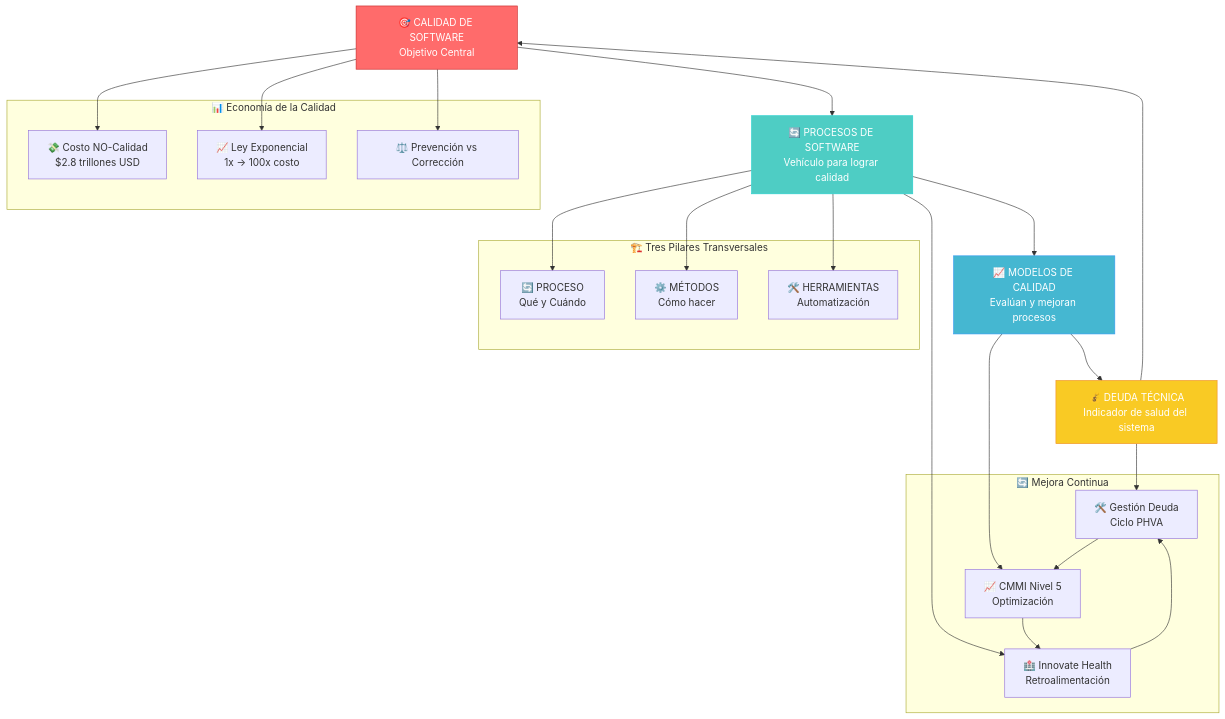
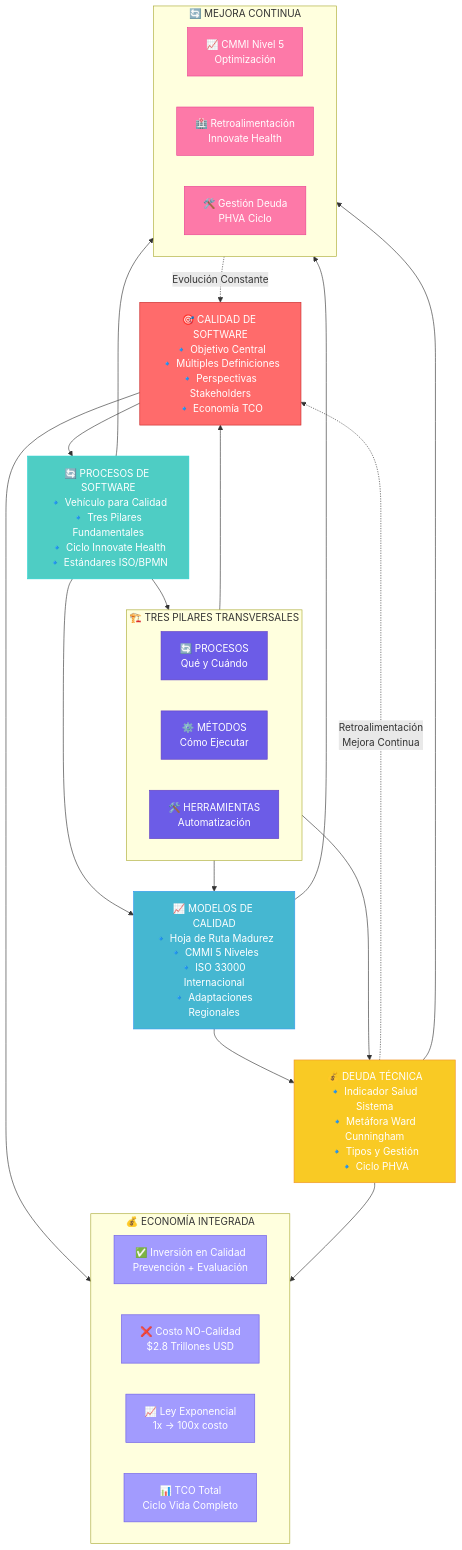
Before and after one commit to OverCV/Software-Quality: the third of 3 diagrams in classes/Week-01/Actividades/mapa-mental.md, drawn with Mermaid. The commit also changed other lines of this file, not shown here.

Commit message:
Diagram with two versions available.

````diff
--- a/classes/Week-01/Actividades/mapa-mental.md
+++ b/classes/Week-01/Actividades/mapa-mental.md
@@ -89,46 +208,59 @@
 ```mermaid
-graph TD
-    A[🎯 CALIDAD DE SOFTWARE<br/>Objetivo Central] --> B[🔄 PROCESOS DE SOFTWARE<br/>Vehículo para lograr calidad]
-    B --> C[📈 MODELOS DE CALIDAD<br/>Evalúan y mejoran procesos]
-    C --> D[💰 DEUDA TÉCNICA<br/>Indicador de salud del sistema]
-    D --> A
+flowchart TD
+    A["🎯 CALIDAD DE SOFTWARE<br/>🔹 Objetivo Central<br/>🔹 Múltiples Definiciones<br/>🔹 Perspectivas Stakeholders<br/>🔹 Economía TCO"] --> B["🔄 PROCESOS DE SOFTWARE<br/>🔹 Vehículo para Calidad<br/>🔹 Tres Pilares Fundamentales<br/>🔹 Ciclo Innovate Health<br/>🔹 Estándares ISO/BPMN"]
+    
+    B --> C["📈 MODELOS DE CALIDAD<br/>🔹 Hoja de Ruta Madurez<br/>🔹 CMMI 5 Niveles<br/>🔹 ISO 33000 Internacional<br/>🔹 Adaptaciones Regionales"]
+    
+    C --> D["💰 DEUDA TÉCNICA<br/>🔹 Indicador Salud Sistema<br/>🔹 Metáfora Ward Cunningham<br/>🔹 Tipos y Gestión<br/>🔹 Ciclo PHVA"]
+    
+    D -.->|"Retroalimentación<br/>Mejora Continua"| A
+    
+    subgraph PILARES ["🏗️ TRES PILARES TRANSVERSALES"]
+        E["🔄 PROCESOS<br/>Qué y Cuándo"]
+        F["⚙️ MÉTODOS<br/>Cómo Ejecutar"]
+        G["🛠️ HERRAMIENTAS<br/>Automatización"]
+    end
+    
+    B --> PILARES
+    PILARES --> A
+    PILARES --> C
+    PILARES --> D
+    
+    subgraph ECONOMIA ["💰 ECONOMÍA INTEGRADA"]
+        H["✅ Inversión en Calidad<br/>Prevención + Evaluación"]
+        I["❌ Costo NO-Calidad<br/>$2.8 Trillones USD"]
+        J["📈 Ley Exponencial<br/>1x → 100x costo"]
+        K["📊 TCO Total<br/>Ciclo Vida Completo"]
+    end
+    
+    A --> ECONOMIA
+    D --> ECONOMIA
+    
+    subgraph MEJORA ["🔄 MEJORA CONTINUA"]
+        L["📈 CMMI Nivel 5<br/>Optimización"]
+        M["🏥 Retroalimentación<br/>Innovate Health"]
+        N["🛠️ Gestión Deuda<br/>PHVA Ciclo"]
+    end
+    
+    C --> MEJORA
+    B --> MEJORA
+    D --> MEJORA
+    MEJORA -.->|"Evolución Constante"| A
 
-    subgraph "🏗️ Tres Pilares Transversales"
-        E[🔄 PROCESO<br/>Qué y Cuándo]
-        F[⚙️ MÉTODOS<br/>Cómo hacer]
-        G[🛠️ HERRAMIENTAS<br/>Automatización]
-    end
-
-    B --> E
-    B --> F
-    B --> G
-
-    subgraph "📊 Economía de la Calidad"
-        H[💸 Costo NO-Calidad<br/>$2.8 trillones USD]
-        I[📈 Ley Exponencial<br/>1x → 100x costo]
-        J[⚖️ Prevención vs Corrección]
-    end
-
-    A --> H
-    A --> I
-    A --> J
-
-    subgraph "🔄 Mejora Continua"
-        K[📈 CMMI Nivel 5<br/>Optimización]
-        L[🏥 Innovate Health<br/>Retroalimentación]
-        M[🛠️ Gestión Deuda<br/>Ciclo PHVA]
-    end
-
-    C --> K
-    B --> L
-    D --> M
-
-    K --> L
-    L --> M
-    M --> K
-
-    style A fill:#ff6b6b,stroke:#c92a2a,color:#fff
-    style B fill:#4ecdc4,stroke:#26d0ce,color:#fff
-    style C fill:#45b7d1,stroke:#339af0,color:#fff
-    style D fill:#f9ca24,stroke:#f0932b,color:#fff
+    %% Estilos con colores más variados
+    classDef calidadStyle fill:#ff6b6b,stroke:#c92a2a,color:#fff
+    classDef procesosStyle fill:#4ecdc4,stroke:#26d0ce,color:#fff
+    classDef modelosStyle fill:#45b7d1,stroke:#339af0,color:#fff
+    classDef deudaStyle fill:#f9ca24,stroke:#f0932b,color:#fff
+    classDef pilaresStyle fill:#6c5ce7,stroke:#5f3dc4,color:#fff
+    classDef economiaStyle fill:#a29bfe,stroke:#6c5ce7,color:#fff
+    classDef mejoraStyle fill:#fd79a8,stroke:#e84393,color:#fff
+    
+    class A calidadStyle
+    class B procesosStyle
+    class C modelosStyle
+    class D deudaStyle
+    class E,F,G pilaresStyle
+    class H,I,J,K economiaStyle
+    class L,M,N mejoraStyle
 ```
````
